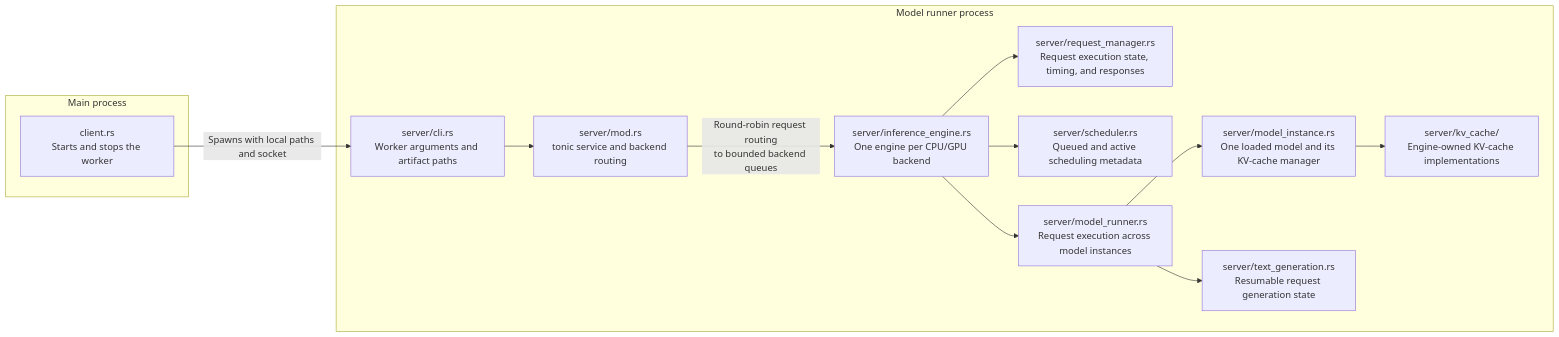
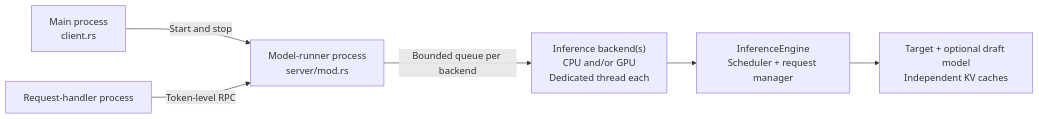
Before and after one commit to lun0522/mini-vllm-rs: the first of 2 diagrams in src/model_runner/README.md, drawn with Mermaid. The commit also changed other lines of this file and 9 other files, not shown here.

First line of the commit message:
Docs: Streamline READMEs and expand architecture documentation

````diff
--- a/src/model_runner/README.md
+++ b/src/model_runner/README.md
@@ -6,28 +9,9 @@
 ```mermaid
 flowchart LR
-    subgraph Main[Main process]
-        Client["client.rs<br/>Starts and stops the worker"]
-    end
+    Main["Main process<br/>client.rs"] -->|Start and stop| Rpc["Model-runner process<br/>server/mod.rs"]
+    Handler[Request-handler process] -->|Token-level RPC| Rpc
 
-    subgraph Worker[Model runner process]
-        Server["server/mod.rs<br/>tonic service and backend routing"]
-        Cli["server/cli.rs<br/>Worker arguments and artifact paths"]
-        KvCache["server/kv_cache/<br/>Engine-owned KV-cache implementations"]
-        InferenceEngine["server/inference_engine.rs<br/>One engine per CPU/GPU backend"]
-        RequestManager["server/request_manager.rs<br/>Request execution state, timing, and responses"]
-        Scheduler["server/scheduler.rs<br/>Queued and active scheduling metadata"]
-        ModelRunner["server/model_runner.rs<br/>Request execution across model instances"]
-        ModelInstance["server/model_instance.rs<br/>One loaded model and its KV-cache manager"]
-        TextGeneration["server/text_generation.rs<br/>Resumable request generation state"]
-    end
-
-    Client -->|"Spawns with local paths and socket"| Cli
-    Cli --> Server
-    Server -->|"Round-robin request routing<br/>to bounded backend queues"| InferenceEngine
-    InferenceEngine --> RequestManager
-    InferenceEngine --> Scheduler
-    InferenceEngine --> ModelRunner
-    ModelRunner --> ModelInstance
-    ModelInstance --> KvCache
-    ModelRunner --> TextGeneration
+    Rpc -->|Bounded queue per backend| Backends["Inference backend(s)<br/>CPU and/or GPU<br/>Dedicated thread each"]
+    Backends --> Engine["InferenceEngine<br/>Scheduler + request manager"]
+    Engine --> Models["Target + optional draft model<br/>Independent KV caches"]
 ```
````
